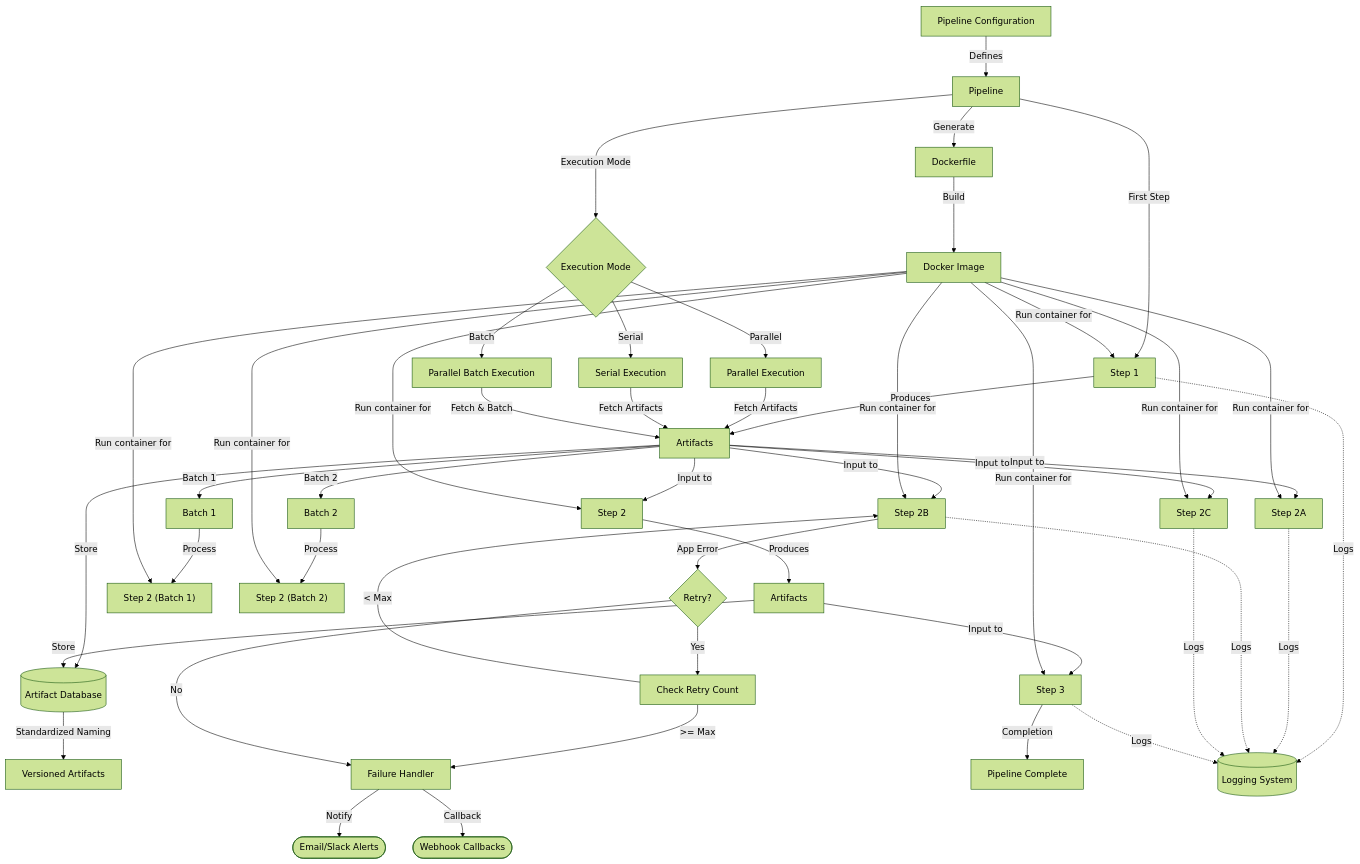
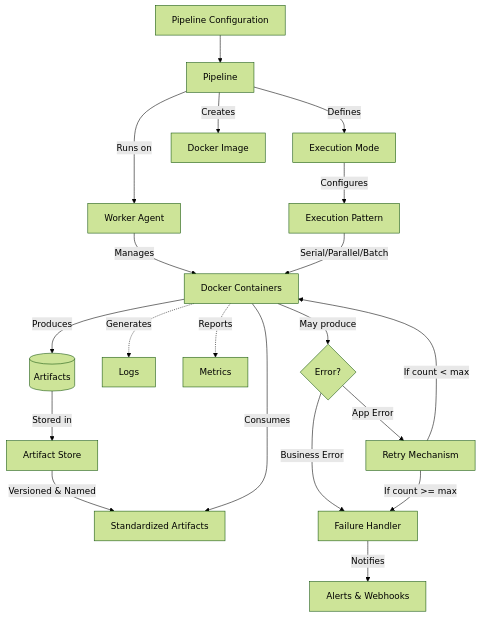
One commit to cmin764/pulsr changed the second of 3 diagrams in docs/executor.md. Above: the diagram before and after it, drawn with Mermaid (forest theme).

Commit message:
Simplify pipeline run diagram

````diff
--- a/docs/executor.md
+++ b/docs/executor.md
@@ -170,68 +170,33 @@
 ```mermaid
 flowchart TD
     %% Pipeline configuration
-    Config[Pipeline Configuration] --> |Defines| Pipeline
-    Pipeline --> |Execution Mode| ExecutionMode{Execution Mode}
-    ExecutionMode --> |Serial| SerialExec[Serial Execution]
-    ExecutionMode --> |Parallel| ParallelExec[Parallel Execution]
-    ExecutionMode --> |Batch| BatchExec[Parallel Batch Execution]
+    Config[Pipeline Configuration] --> Pipeline
+    Pipeline --> |Defines| ExecMode[Execution Mode]
+    Pipeline --> |Creates| DockerImg[Docker Image]
     
-    %% Dockerfile generation
-    Pipeline --> |Generate| Dockerfile[Dockerfile]
-    Dockerfile --> |Build| DockerImage[Docker Image]
+    %% Core execution flow
+    Pipeline --> |Runs on| Worker[Worker Agent]
+    Worker --> |Manages| DockerContainer[Docker Containers]
     
-    %% First step execution
-    Pipeline --> |First Step| Step1[Step 1]
-    DockerImage --> |Run container for| Step1
-    Step1 --> |Produces| Artifacts1[Artifacts]
+    %% Execution modes
+    ExecMode --> |Configures| ExecPattern[Execution Pattern]
+    ExecPattern --> |Serial/Parallel/Batch| DockerContainer
     
-    %% Artifact storage
-    Artifacts1 --> |Store| ArtifactDB[(Artifact Database)]
-    ArtifactDB --> |"Standardized Naming"| VersionedArtifacts[Versioned Artifacts]
+    %% Artifact flow
+    DockerContainer --> |Produces| Artifacts[(Artifacts)]
+    Artifacts --> |Stored in| ArtifactDB[Artifact Store]
+    ArtifactDB --> |Versioned & Named| VersionedArtifacts[Standardized Artifacts]
+    DockerContainer --> |Consumes| VersionedArtifacts
     
-    %% Parallel execution branch
-    ParallelExec --> |Fetch Artifacts| Artifacts1
-    Artifacts1 --> |Input to| Step2A[Step 2A]
-    Artifacts1 --> |Input to| Step2B[Step 2B]
-    Artifacts1 --> |Input to| Step2C[Step 2C]
-    DockerImage --> |Run container for| Step2A
-    DockerImage --> |Run container for| Step2B
-    DockerImage --> |Run container for| Step2C
-    
-    %% Serial execution branch
-    SerialExec --> |Fetch Artifacts| Artifacts1
-    Artifacts1 --> |Input to| Step2[Step 2]
-    DockerImage --> |Run container for| Step2
-    Step2 --> |Produces| Artifacts2[Artifacts]
-    Artifacts2 --> |Store| ArtifactDB
-    Artifacts2 --> |Input to| Step3[Step 3]
-    DockerImage --> |Run container for| Step3
-    
-    %% Batch execution branch
-    BatchExec --> |Fetch & Batch| Artifacts1
-    Artifacts1 --> |Batch 1| Batch1[Batch 1]
-    Artifacts1 --> |Batch 2| Batch2[Batch 2]
-    Batch1 --> |Process| BatchStep1["Step 2 (Batch 1)"]
-    Batch2 --> |Process| BatchStep2["Step 2 (Batch 2)"]
-    DockerImage --> |Run container for| BatchStep1
-    DockerImage --> |Run container for| BatchStep2
+    %% Monitoring
+    DockerContainer -.-> |Generates| Logs[Logs]
+    DockerContainer -.-> |Reports| Metrics[Metrics]
     
     %% Error handling
-    Step2B --> |App Error| RetryMechanism{Retry?}
-    RetryMechanism --> |Yes| RetryCount[Check Retry Count]
-    RetryCount --> |"< Max"| Step2B
-    RetryCount --> |">= Max"| FailureHandler[Failure Handler]
-    RetryMechanism --> |No| FailureHandler
-    FailureHandler --> |Notify| Alerts([Email/Slack Alerts])
-    FailureHandler --> |Callback| Webhooks([Webhook Callbacks])
-    
-    %% Completion
-    Step3 --> |Completion| PipelineComplete[Pipeline Complete]
-    
-    %% Monitoring
-    Step1 -.-> |Logs| LogSystem[(Logging System)]
-    Step2A -.-> |Logs| LogSystem
-    Step2B -.-> |Logs| LogSystem
-    Step2C -.-> |Logs| LogSystem
-    Step3 -.-> |Logs| LogSystem
+    DockerContainer --> |May produce| Error{Error?}
+    Error --> |App Error| Retry[Retry Mechanism]
+    Error --> |Business Error| FailureHandler[Failure Handler]
+    Retry --> |If count < max| DockerContainer
+    Retry --> |If count >= max| FailureHandler
+    FailureHandler --> |Notifies| Alerts[Alerts & Webhooks]
 ```
````
